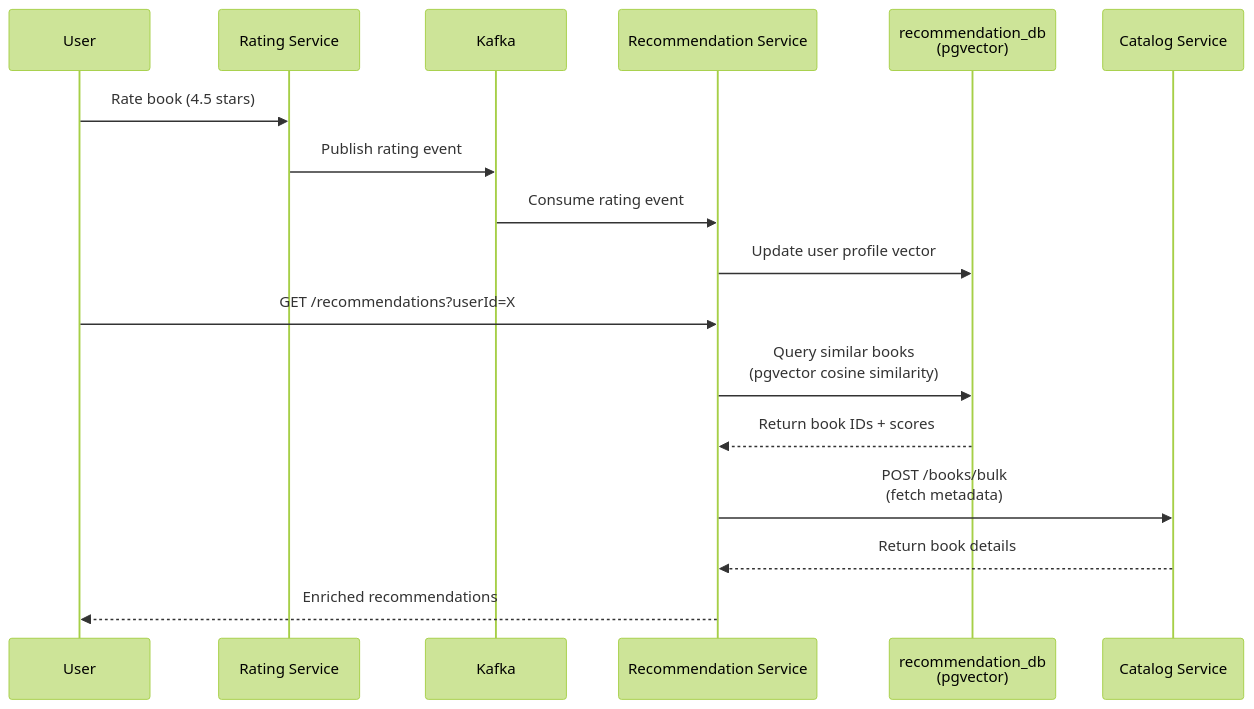
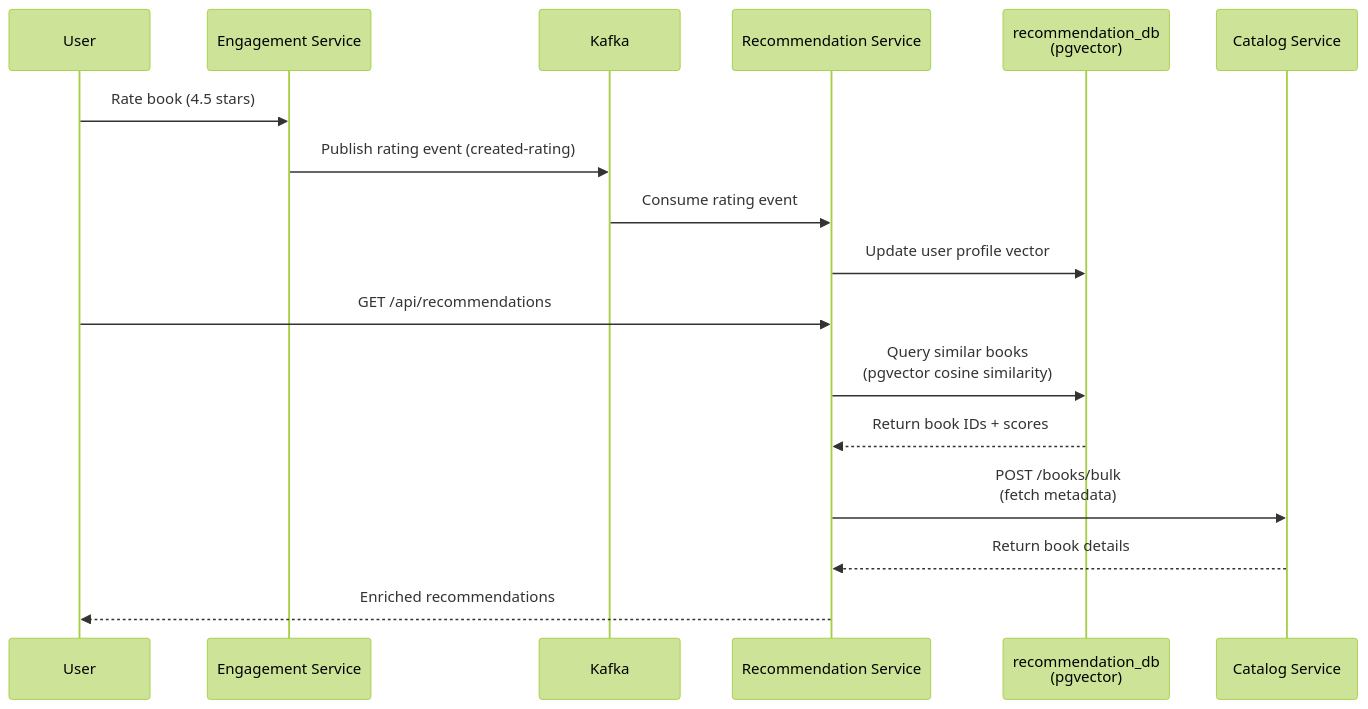
The second of 5 diagrams in README.md (Luca5Eckert/VellumHub), drawn with Mermaid (forest theme) before and after one commit. The commit also changed other lines of this file, not shown here.

````diff
--- a/README.md
+++ b/README.md
@@ -132,21 +132,21 @@
 ```mermaid
 sequenceDiagram
     participant User
-    participant RS as Rating Service
+    participant RS as Engagement Service
     participant Kafka
     participant RCS as Recommendation Service
     participant DB as recommendation_db<br/>(pgvector)
     participant CS as Catalog Service
     
     User->>RS: Rate book (4.5 stars)
-    RS->>Kafka: Publish rating event
+    RS->>Kafka: Publish rating event (created-rating)
     Kafka->>RCS: Consume rating event
     RCS->>DB: Update user profile vector
     
-    User->>RCS: GET /recommendations?userId=X
+    User->>RCS: GET /api/recommendations
     RCS->>DB: Query similar books<br/>(pgvector cosine similarity)
     DB-->>RCS: Return book IDs + scores
     RCS->>CS: POST /books/bulk<br/>(fetch metadata)
     CS-->>RCS: Return book details
     RCS-->>User: Enriched recommendations
 ```
````
